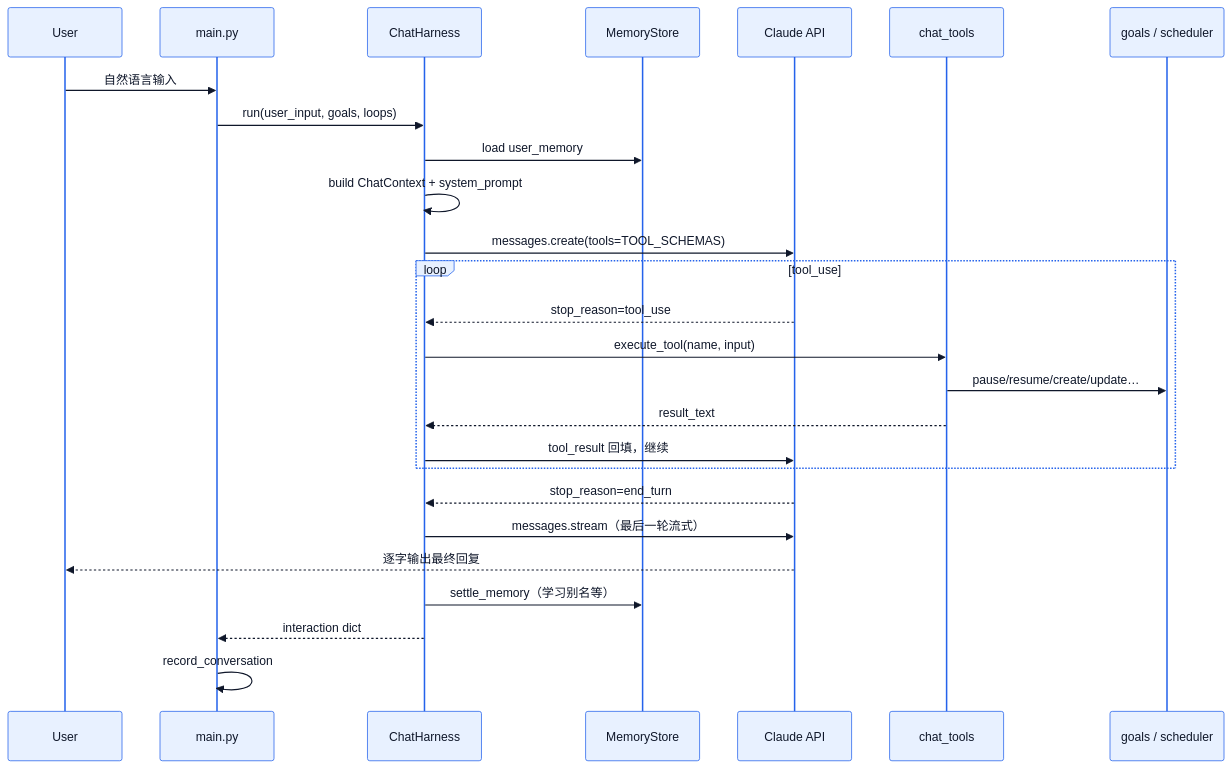
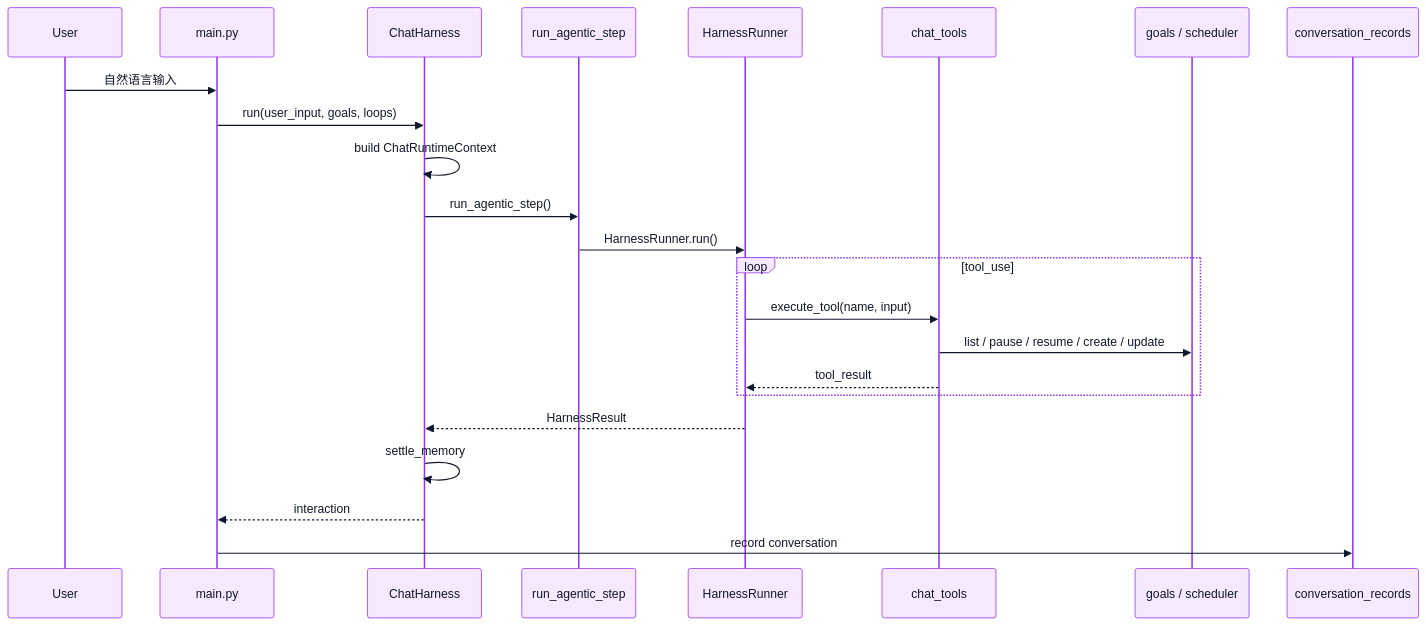
Before and after one commit to ni-shiliu/neil-control: the third of 4 diagrams in assistant/ARCHITECTURE.md, drawn with Mermaid. The commit also changed other lines of this file and 15 other files, not shown here.

````diff
--- a/assistant/ARCHITECTURE.md
+++ b/assistant/ARCHITECTURE.md
@@ -321,38 +331,34 @@
 ```mermaid
 %%{init: {"theme": "base", "themeVariables": {
-  "primaryColor": "#E8F1FF",
+  "background": "#FFFFFF",
+  "primaryColor": "#F5E8FF",
   "primaryTextColor": "#0F172A",
-  "primaryBorderColor": "#2563EB",
+  "primaryBorderColor": "#9333EA",
   "lineColor": "#475569",
-  "secondaryColor": "#ECFDF5",
-  "tertiaryColor": "#FFF7ED",
   "fontFamily": "ui-monospace, SFMono-Regular, Menlo, monospace"
 }}}%%
 sequenceDiagram
     participant U as User
     participant M as main.py
     participant CH as ChatHarness
-    participant MS as MemoryStore
-    participant C as Claude API
+    participant AS as run_agentic_step
+    participant H as HarnessRunner
     participant CT as chat_tools
     participant G as goals / scheduler
+    participant CR as conversation_records
 
     U->>M: 自然语言输入
     M->>CH: run(user_input, goals, loops)
-    CH->>MS: load user_memory
-    CH->>CH: build ChatContext + system_prompt
-    CH->>C: messages.create(tools=TOOL_SCHEMAS)
+    CH->>CH: build ChatRuntimeContext
+    CH->>AS: run_agentic_step()
+    AS->>H: HarnessRunner.run()
     loop tool_use
-        C-->>CH: stop_reason=tool_use
-        CH->>CT: execute_tool(name, input)
-        CT->>G: pause/resume/create/update…
-        CT-->>CH: result_text
-        CH->>C: tool_result 回填，继续
+        H->>CT: execute_tool(name, input)
+        CT->>G: list / pause / resume / create / update
+        CT-->>H: tool_result
     end
-    C-->>CH: stop_reason=end_turn
-    CH->>C: messages.stream（最后一轮流式）
-    C-->>U: 逐字输出最终回复
-    CH->>MS: settle_memory（学习别名等）
-    CH-->>M: interaction dict
-    M->>M: record_conversation
+    H-->>CH: HarnessResult
+    CH->>CH: settle_memory
+    CH-->>M: interaction
+    M->>CR: record conversation
 ```
````
